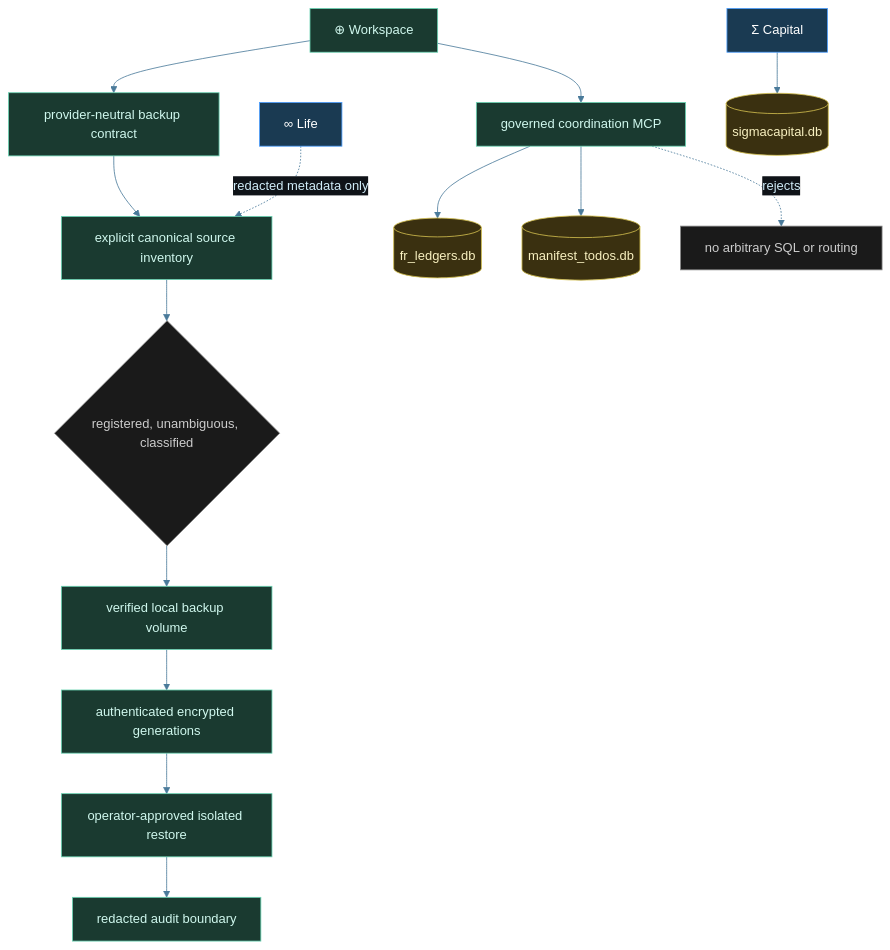
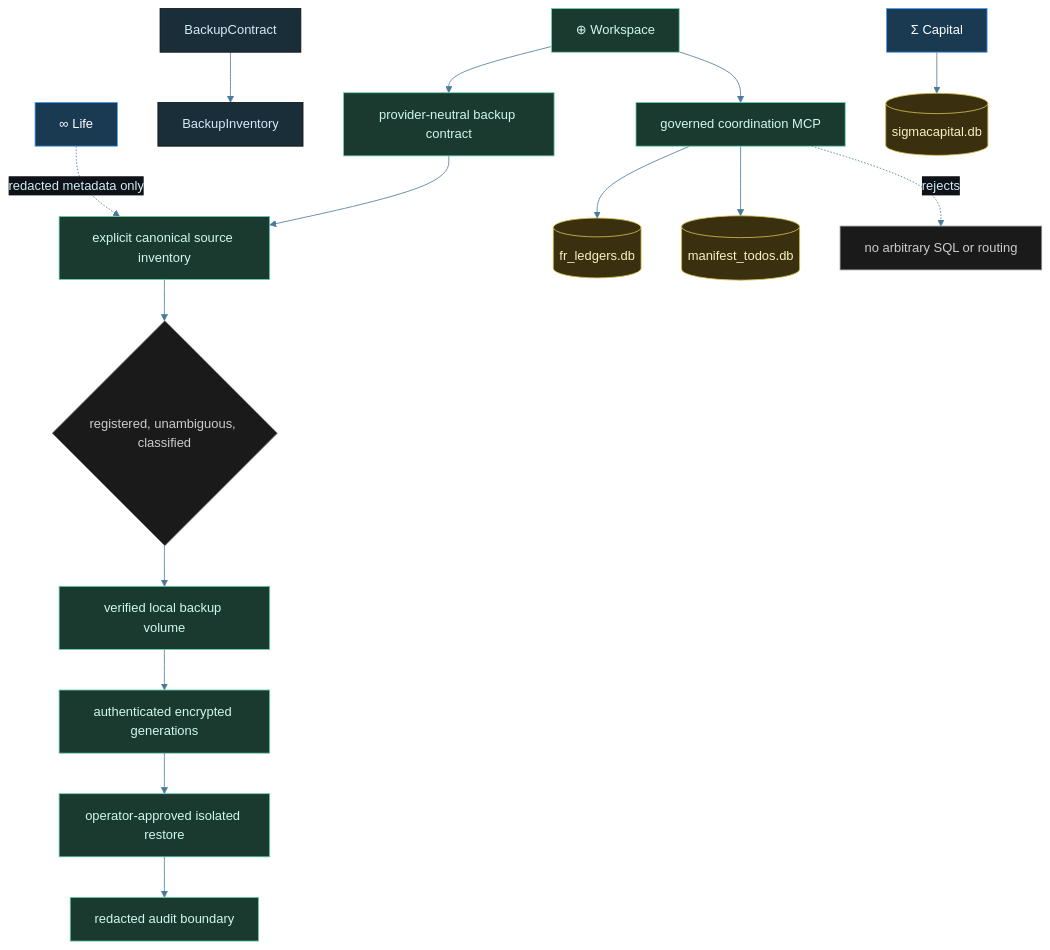
The diagram in diagrams/workspace-derived-backup-and-coordination.mmd (tylerdrakemusic/-Workspace), drawn with Mermaid before and after one commit. The commit also changed 7 other files, not shown here.

Commit message:
fix: repair architecture diagram reconciliation

```diff
--- a/diagrams/workspace-derived-backup-and-coordination.mmd
+++ b/diagrams/workspace-derived-backup-and-coordination.mmd
@@ -1,25 +1,26 @@
 %%{init: {'theme': 'base', 'themeVariables': {'primaryColor': '#1a2e3a', 'primaryTextColor': '#d0ecf8', 'edgeLabelBackground': '#0f1318', 'lineColor': '#4a7a9a'}}}%%
 %% is_derived_view=true
 %% Traceability.parent: diagrams/workspace-integrations.mmd
 graph TB
     Workspace[⊕ Workspace] --> Backup[provider-neutral backup contract]
+    BackupContract --> BackupInventory
     Backup --> Inventory[explicit canonical source inventory]
     Inventory --> Discovery{registered, unambiguous, classified}
     Discovery --> Volume[verified local backup volume]
     Volume --> Generations[authenticated encrypted generations]
     Generations --> Restore[operator-approved isolated restore]
     Restore --> Audit[redacted audit boundary]
     Workspace --> Coord[governed coordination MCP]
     Coord --> FRLedger[(fr_ledgers.db)]
     Coord --> TodoDB[(manifest_todos.db)]
     Coord -.->|rejects| GenericSQL[no arbitrary SQL or routing]
     Life[∞ Life] -.->|redacted metadata only| Inventory
     Capital[Σ Capital] --> CapitalDB[(sigmacapital.db)]
     class Workspace,Backup,Inventory,Volume,Generations,Restore,Audit,Coord ws
     class Life,Capital orch
     class Discovery,GenericSQL state
     class FRLedger,TodoDB,CapitalDB db
 classDef orch fill:#1a3a52,stroke:#4a9eff,color:#fff
 classDef ws fill:#1a3a30,stroke:#6ad4b4,color:#d0f8ee
 classDef state fill:#1a1a1a,stroke:#888888,color:#cccccc
 classDef db fill:#3a3010,stroke:#d4c050,color:#f8f0c0
```
